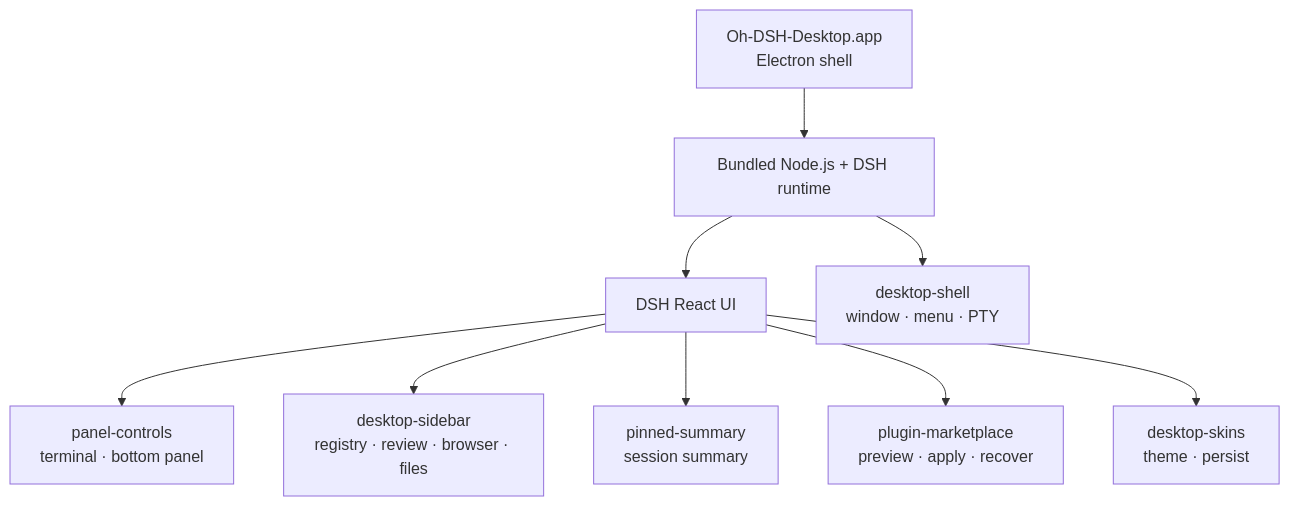
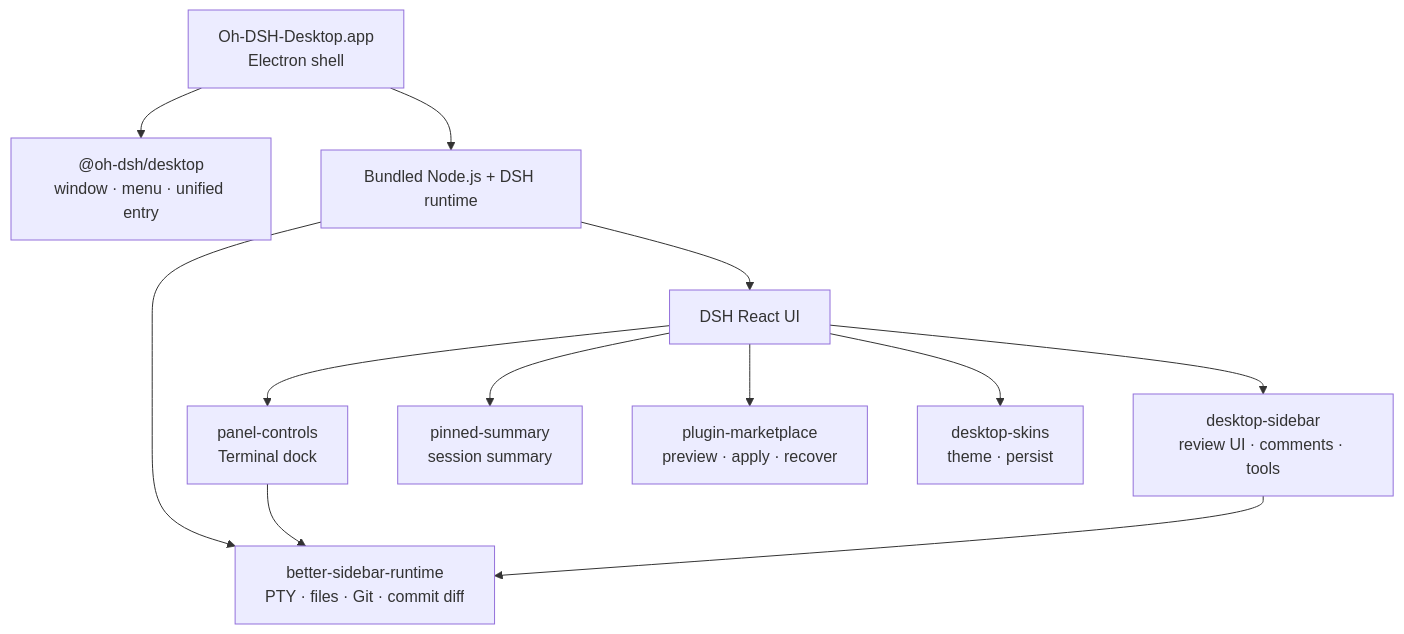
One commit to 7oMB2006/oh-dsh changed the diagram in README.en.md. Above: the diagram before and after it, drawn with Mermaid. The commit also changed other lines of this file and 2 other files, not shown here.

First line of the commit message:
docs: document unified desktop runtime

````diff
--- a/README.en.md
+++ b/README.en.md
@@ -128,20 +135,24 @@
 ```mermaid
 flowchart TB
   App["Oh-DSH-Desktop.app<br/>Electron shell"]
+  Desktop["@oh-dsh/desktop<br/>window · menu · unified entry"]
   Runtime["Bundled Node.js + DSH runtime"]
   UI["DSH React UI"]
-  Shell["desktop-shell<br/>window · menu · PTY"]
-  Panels["panel-controls<br/>terminal · bottom panel"]
-  Sidebar["desktop-sidebar<br/>registry · review · browser · files"]
+  Host["better-sidebar-runtime<br/>PTY · files · Git · commit diff"]
+  Panels["panel-controls<br/>Terminal dock"]
+  Sidebar["desktop-sidebar<br/>review UI · comments · tools"]
   Summary["pinned-summary<br/>session summary"]
   Market["plugin-marketplace<br/>preview · apply · recover"]
   Skins["desktop-skins<br/>theme · persist"]
 
+  App --> Desktop
   App --> Runtime --> UI
-  Runtime --> Shell
+  Runtime --> Host
   UI --> Panels
   UI --> Sidebar
   UI --> Summary
   UI --> Market
   UI --> Skins
+  Panels --> Host
+  Sidebar --> Host
 ```
````
